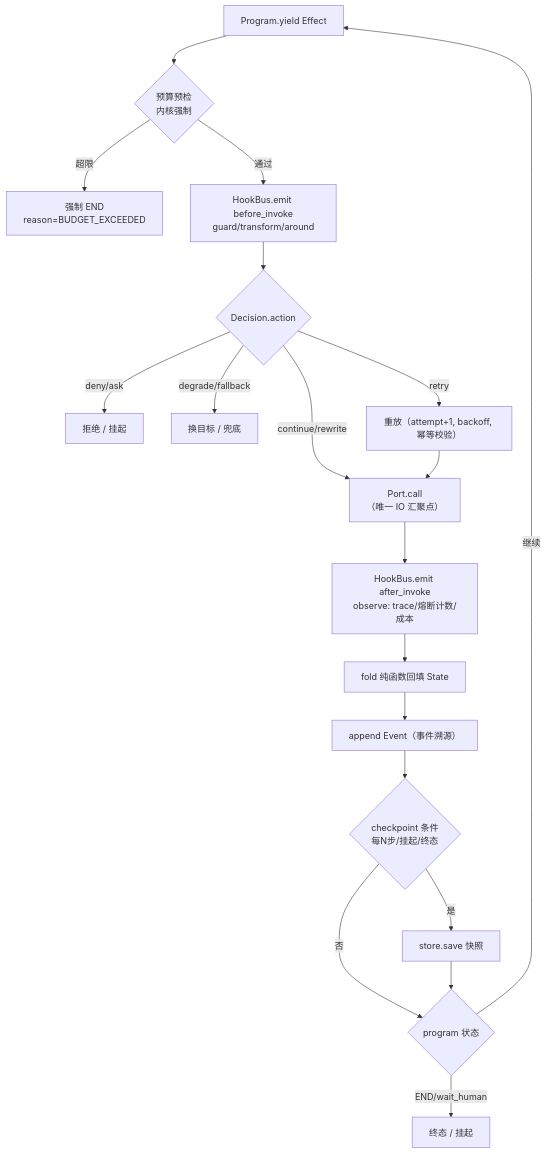
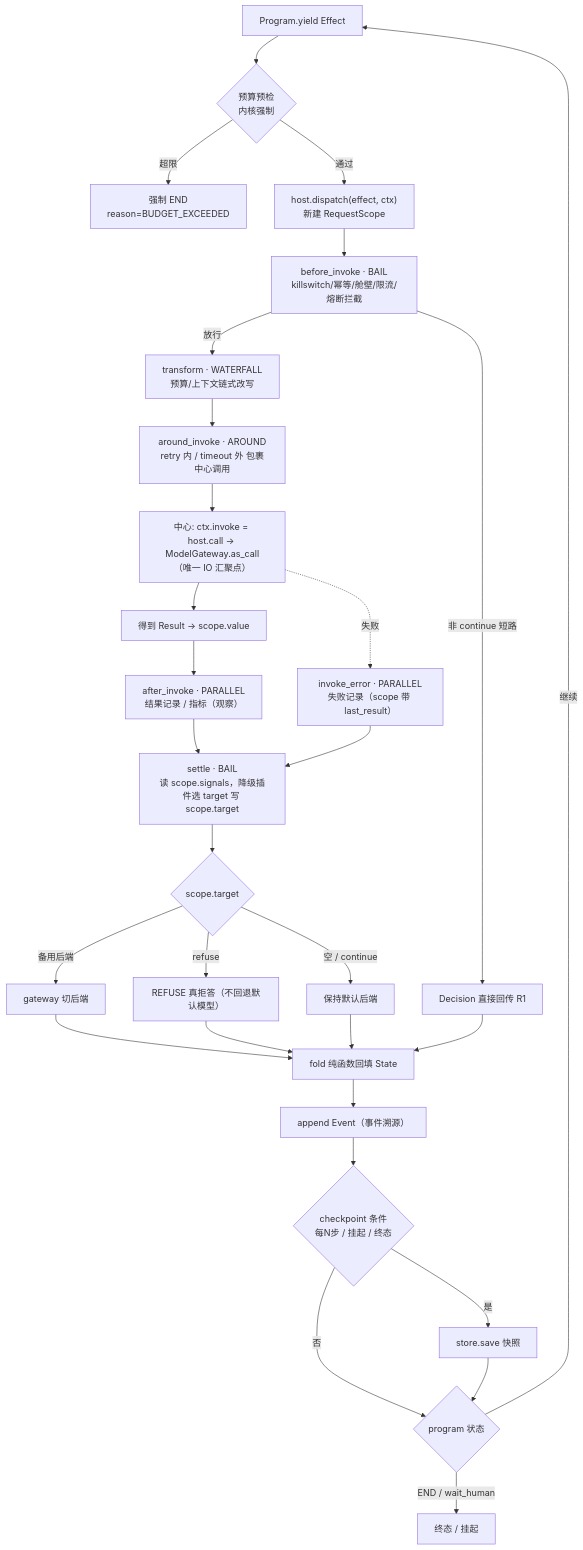
One commit to sao-lang/lll changed the second of 13 diagrams in docs/01-总览与设计/AGENT-总设计.md. Above: the diagram before and after it, drawn with Mermaid. The commit also changed other lines of this file and 67 other files, not shown here.

````diff
--- a/docs/01-总览与设计/AGENT-总设计.md
+++ b/docs/01-总览与设计/AGENT-总设计.md
@@ -114,21 +122,31 @@
 ```mermaid
 flowchart TD
     S["Program.yield Effect"] --> B{"预算预检<br/>内核强制"}
     B -->|超限| E["强制 END<br/>reason=BUDGET_EXCEEDED"]
-    B -->|通过| H1["HookBus.emit before_invoke<br/>guard/transform/around"]
-    H1 --> D{"Decision.action"}
-    D -->|deny/ask| X["拒绝 / 挂起"]
-    D -->|degrade/fallback| Y["换目标 / 兜底"]
-    D -->|retry| RT["重放（attempt+1, backoff, 幂等校验）"]
-    D -->|continue/rewrite| P["Port.call<br/>（唯一 IO 汇聚点）"]
-    RT --> P
-    P --> H2["HookBus.emit after_invoke<br/>observe: trace/熔断计数/成本"]
-    H2 --> F["fold 纯函数回填 State"]
-    F --> EV["append Event（事件溯源）"]
-    EV --> CK{"checkpoint 条件<br/>每N步/挂起/终态"}
+    B -->|通过| DS["host.dispatch(effect, ctx)<br/>新建 RequestScope"]
+    DS --> BI["before_invoke · BAIL<br/>killswitch/幂等/舱壁/限流/熔断拦截"]
+    BI -->|非 continue 短路| SH["Decision 直接回传 R1"]
+    BI -->|放行| TR["transform · WATERFALL<br/>预算/上下文链式改写"]
+    TR --> AR["around_invoke · AROUND<br/>retry 内 / timeout 外 包裹中心调用"]
+    AR --> CORE["中心: ctx.invoke = host.call → ModelGateway.as_call<br/>（唯一 IO 汇聚点）"]
+    CORE --> RES["得到 Result → scope.value"]
+    RES --> AI["after_invoke · PARALLEL<br/>结果记录 / 指标（观察）"]
+    CORE -.失败.-> IE["invoke_error · PARALLEL<br/>失败记录（scope 带 last_result）"]
+    AI --> ST["settle · BAIL<br/>读 scope.signals，降级插件选 target 写 scope.target"]
+    IE --> ST
+    ST --> TGT{"scope.target"}
+    TGT -->|备用后端| SW["gateway 切后端"]
+    TGT -->|refuse| RF["REFUSE 真拒答（不回退默认模型）"]
+    TGT -->|空 / continue| KEEP["保持默认后端"]
+    SW --> F
+    RF --> F
+    KEEP --> F
+    SH --> F
+    F["fold 纯函数回填 State"] --> EV["append Event（事件溯源）"]
+    EV --> CK{"checkpoint 条件<br/>每N步 / 挂起 / 终态"}
     CK -->|是| SV["store.save 快照"]
     CK -->|否| NX
     SV --> NX{"program 状态"}
     NX -->|继续| S
-    NX -->|END/wait_human| T["终态 / 挂起"]
+    NX -->|END / wait_human| T["终态 / 挂起"]
 ```
````
